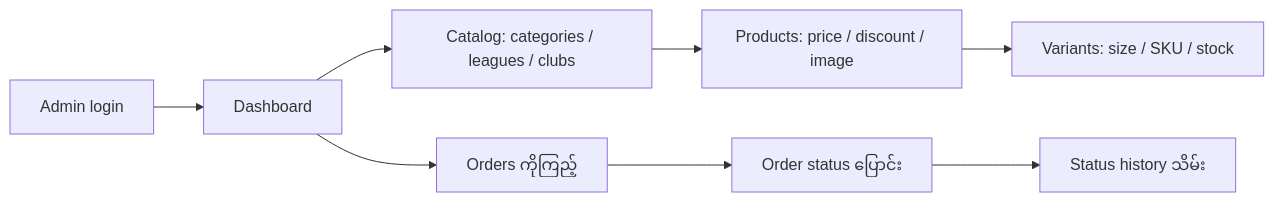
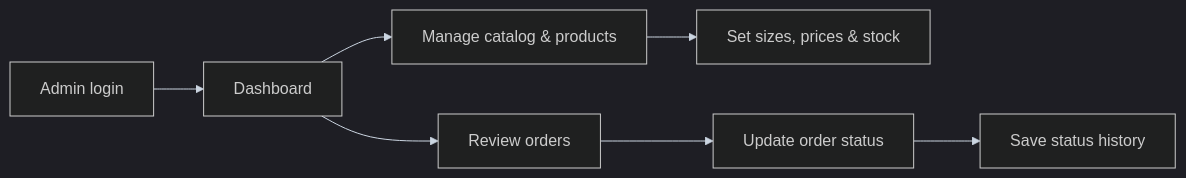
One commit to YellMinNaing-micro/kitverse changed the second of 2 diagrams in README.md. Above: the diagram before and after it, drawn with Mermaid. The commit also changed other lines of this file, not shown here.

````diff
--- a/README.md
+++ b/README.md
@@ -75,10 +68,10 @@
 ```mermaid
+%%{init: {"theme": "dark", "themeVariables": {"background": "#111827", "primaryColor": "#1f2937", "primaryTextColor": "#f9fafb", "primaryBorderColor": "#60a5fa", "lineColor": "#cbd5e1", "secondaryColor": "#1f2937", "tertiaryColor": "#111827"}}}%%
 flowchart LR
     A[Admin login] --> B[Dashboard]
-    B --> C[Catalog: categories / leagues / clubs]
-    C --> D[Products: price / discount / image]
-    D --> E[Variants: size / SKU / stock]
-    B --> F[Orders ကိုကြည့်]
-    F --> G[Order status ပြောင်း]
-    G --> H[Status history သိမ်း]
+    B --> C[Manage catalog & products]
+    C --> D[Set sizes, prices & stock]
+    B --> E[Review orders]
+    E --> F[Update order status]
+    F --> G[Save status history]
 ```
````
